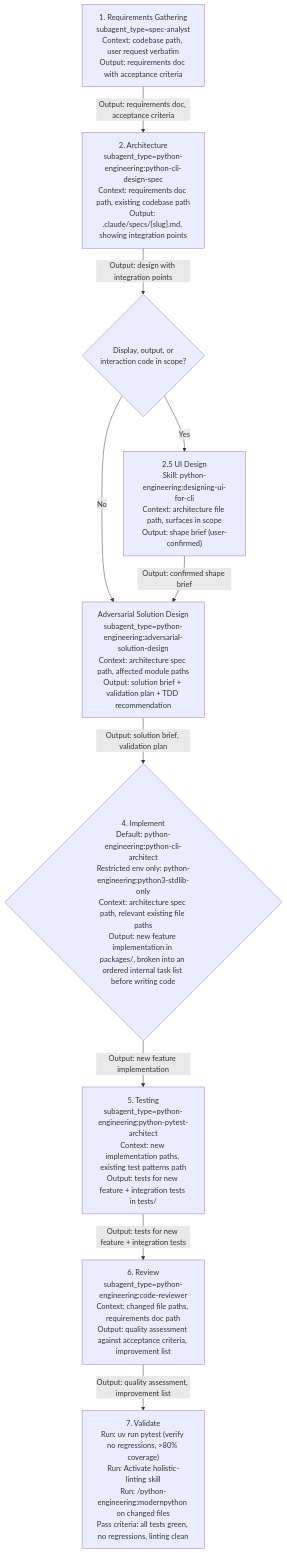
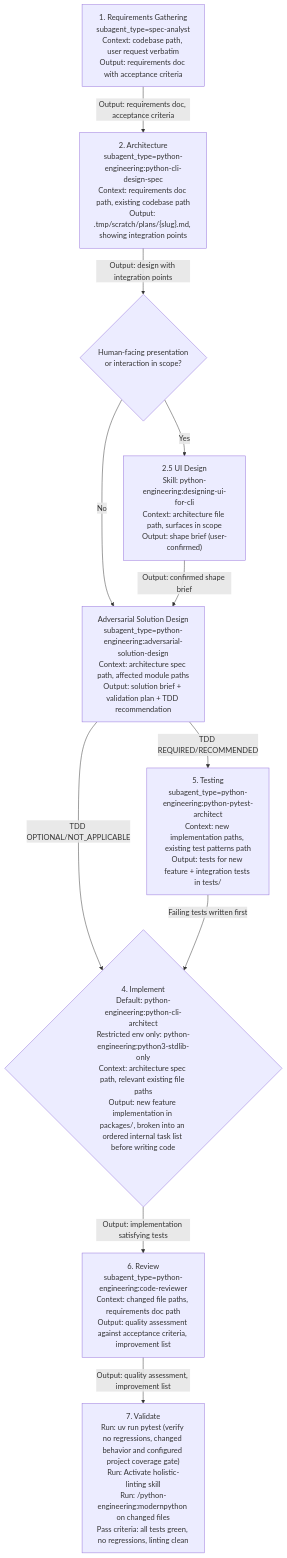
Before and after one commit to Jamie-BitFlight/claude_skills: the second of 6 diagrams in plugins/python-engineering/skills/orchestrating-python-development/SKILL.md, drawn with Mermaid. The commit also changed other lines of this file and 30 other files, not shown here.

Commit message:
fix(python-engineering): tighten contracts and preserve runtime semantics (#3863)

````diff
--- a/plugins/python-engineering/skills/orchestrating-python-development/SKILL.md
+++ b/plugins/python-engineering/skills/orchestrating-python-development/SKILL.md
@@ -104,21 +106,22 @@
 ```mermaid
 flowchart TD
     S1["1. Requirements Gathering<br>subagent_type=spec-analyst<br>Context: codebase path, user request verbatim<br>Output: requirements doc with acceptance criteria"]
-    S2["2. Architecture<br>subagent_type=python-engineering:python-cli-design-spec<br>Context: requirements doc path, existing codebase path<br>Output: .claude/specs/{slug}.md, showing integration points"]
+    S2["2. Architecture<br>subagent_type=python-engineering:python-cli-design-spec<br>Context: requirements doc path, existing codebase path<br>Output: .tmp/scratch/plans/{slug}.md, showing integration points"]
     S4{"4. Implement<br>Default: python-engineering:python-cli-architect<br>Restricted env only: python-engineering:python3-stdlib-only<br>Context: architecture spec path, relevant existing file paths<br>Output: new feature implementation in packages/, broken into an ordered internal task list before writing code"}
     S5["5. Testing<br>subagent_type=python-engineering:python-pytest-architect<br>Context: new implementation paths, existing test patterns path<br>Output: tests for new feature + integration tests in tests/"]
     S6["6. Review<br>subagent_type=python-engineering:code-reviewer<br>Context: changed file paths, requirements doc path<br>Output: quality assessment against acceptance criteria, improvement list"]
-    S7["7. Validate<br>Run: uv run pytest (verify no regressions, >80% coverage)<br>Run: Activate holistic-linting skill<br>Run: /python-engineering:modernpython on changed files<br>Pass criteria: all tests green, no regressions, linting clean"]
+    S7["7. Validate<br>Run: uv run pytest (verify no regressions, changed behavior and configured project coverage gate)<br>Run: Activate holistic-linting skill<br>Run: /python-engineering:modernpython on changed files<br>Pass criteria: all tests green, no regressions, linting clean"]
     S1 -->|"Output: requirements doc, acceptance criteria"| S2
-    S2Q{"Display, output, or<br>interaction code in scope?"}
+    S2Q{"Human-facing presentation<br>or interaction in scope?"}
     S2B["2.5 UI Design<br>Skill: python-engineering:designing-ui-for-cli<br>Context: architecture file path, surfaces in scope<br>Output: shape brief (user-confirmed)"]
     S2 -->|"Output: design with integration points"| S2Q
     S2Q -->|"No"| S_AD2
     S2Q -->|"Yes"| S2B
     S2B -->|"Output: confirmed shape brief"| S_AD2
     S_AD2["Adversarial Solution Design<br>subagent_type=python-engineering:adversarial-solution-design<br>Context: architecture spec path, affected module paths<br>Output: solution brief + validation plan + TDD recommendation"]
-    S_AD2 -->|"Output: solution brief, validation plan"| S4
-    S4 -->|"Output: new feature implementation"| S5
-    S5 -->|"Output: tests for new feature + integration tests"| S6
+    S_AD2 -->|"TDD REQUIRED/RECOMMENDED"| S5
+    S_AD2 -->|"TDD OPTIONAL/NOT_APPLICABLE"| S4
+    S5 -->|"Failing tests written first"| S4
+    S4 -->|"Output: implementation satisfying tests"| S6
     S6 -->|"Output: quality assessment, improvement list"| S7
 ```
````
